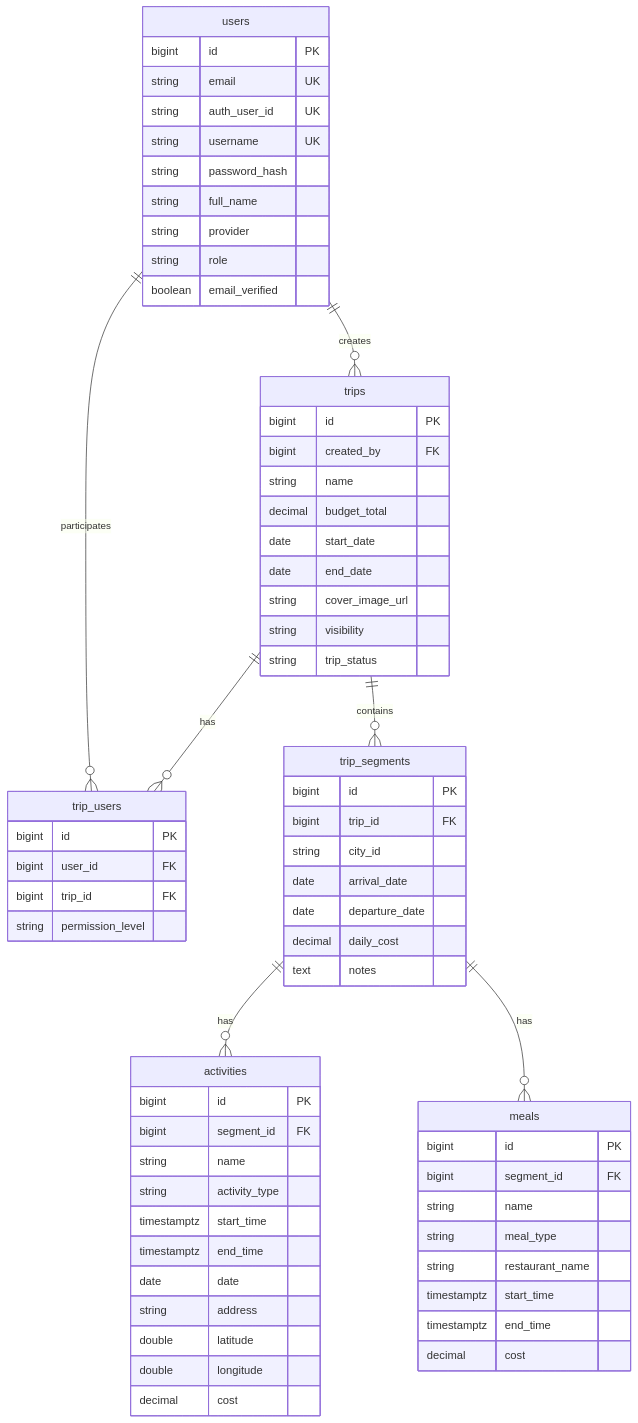
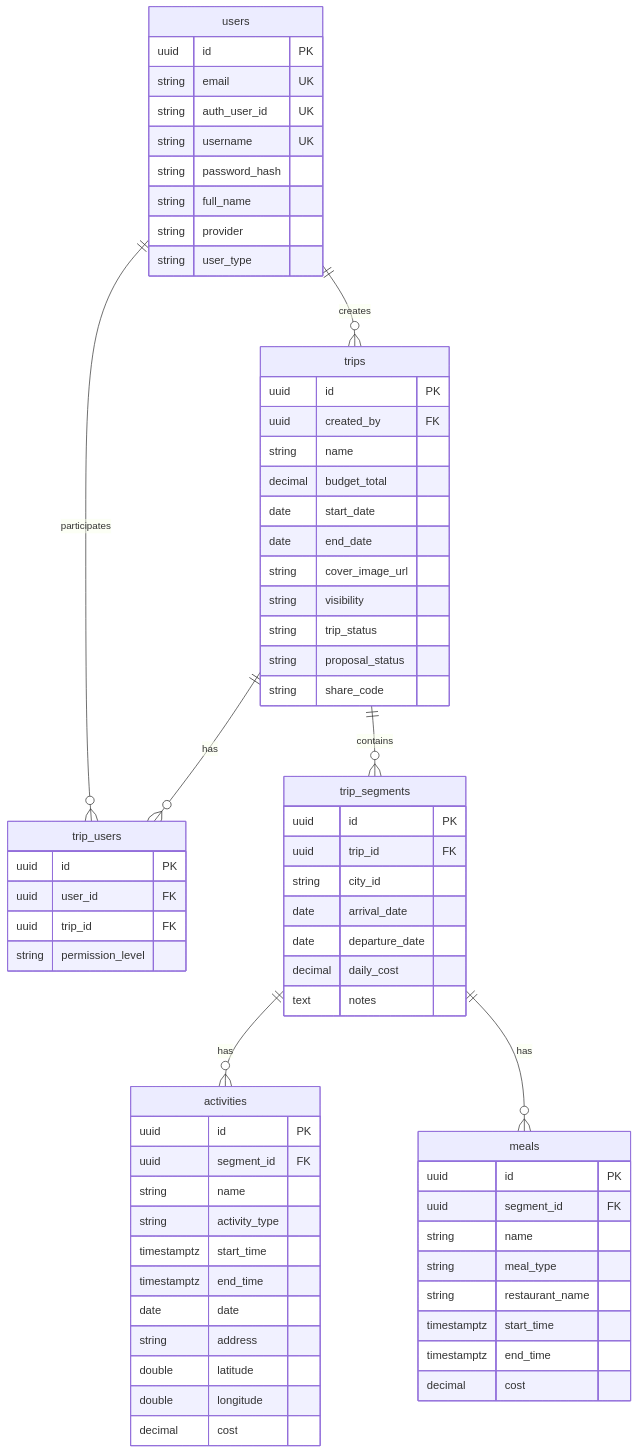
One commit to jonathassk/quarkus-app changed the second of 3 diagrams in ARQUITETURA.md. Above: the diagram before and after it, drawn with Mermaid. The commit also changed other lines of this file and 67 other files, not shown here.

First line of the commit message:
feat: enhance architecture documentation and update backend functionality

````diff
--- a/ARQUITETURA.md
+++ b/ARQUITETURA.md
@@ -264,75 +298,76 @@
 ```mermaid
 erDiagram
     users ||--o{ trips : creates
     users ||--o{ trip_users : participates
     trips ||--o{ trip_users : has
     trips ||--o{ trip_segments : contains
     trip_segments ||--o{ activities : has
     trip_segments ||--o{ meals : has
 
     users {
-        bigint id PK
+        uuid id PK
         string email UK
         string auth_user_id UK
         string username UK
         string password_hash
         string full_name
         string provider
-        string role
-        boolean email_verified
+        string user_type
     }
 
     trips {
-        bigint id PK
-        bigint created_by FK
+        uuid id PK
+        uuid created_by FK
         string name
         decimal budget_total
         date start_date
         date end_date
         string cover_image_url
         string visibility
         string trip_status
+        string proposal_status
+        string share_code
     }
 
     trip_users {
-        bigint id PK
-        bigint user_id FK
-        bigint trip_id FK
+        uuid id PK
+        uuid user_id FK
+        uuid trip_id FK
         string permission_level
     }
 
     trip_segments {
-        bigint id PK
-        bigint trip_id FK
+        uuid id PK
+        uuid trip_id FK
         string city_id
         date arrival_date
         date departure_date
         decimal daily_cost
         text notes
     }
 
     activities {
-        bigint id PK
-        bigint segment_id FK
+        uuid id PK
+        uuid segment_id FK
         string name
         string activity_type
         timestamptz start_time
         timestamptz end_time
         date date
         string address
         double latitude
         double longitude
         decimal cost
     }
 
     meals {
-        bigint id PK
-        bigint segment_id FK
+        uuid id PK
+        uuid segment_id FK
         string name
         string meal_type
         string restaurant_name
         timestamptz start_time
         timestamptz end_time
         decimal cost
     }
 ```
````
